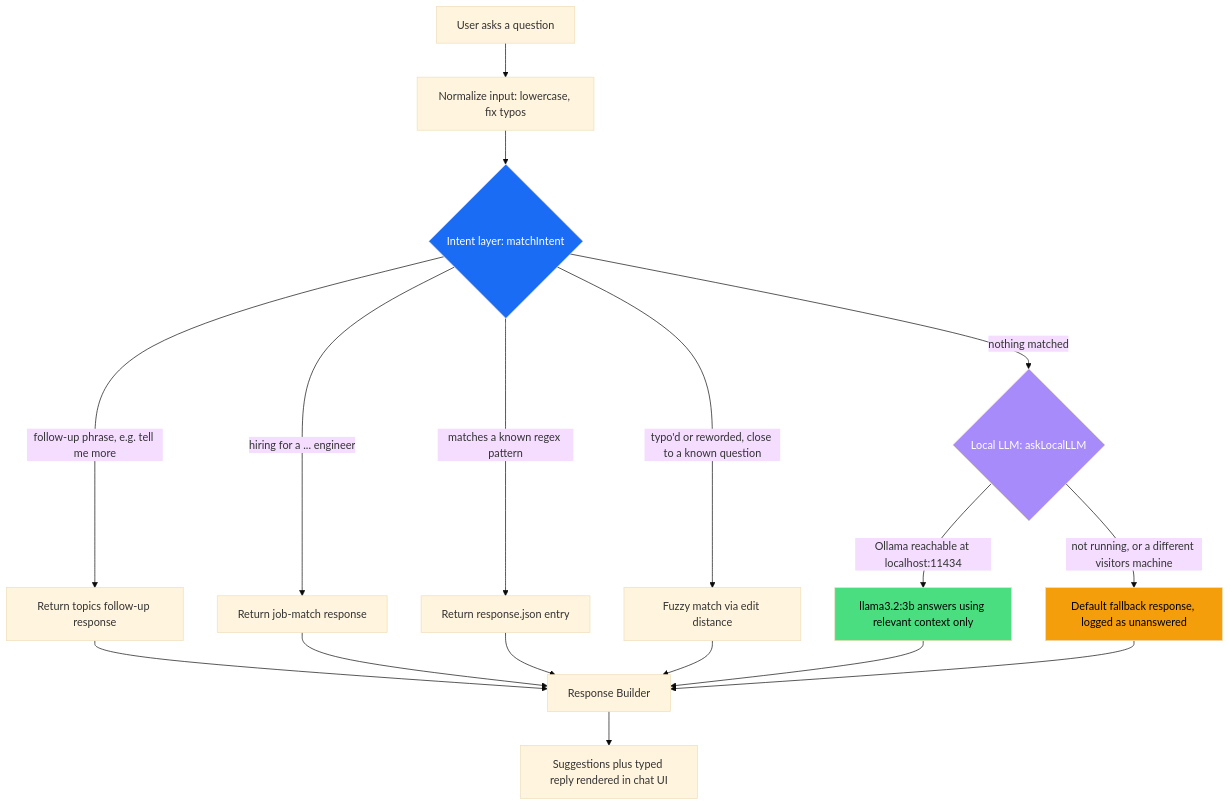
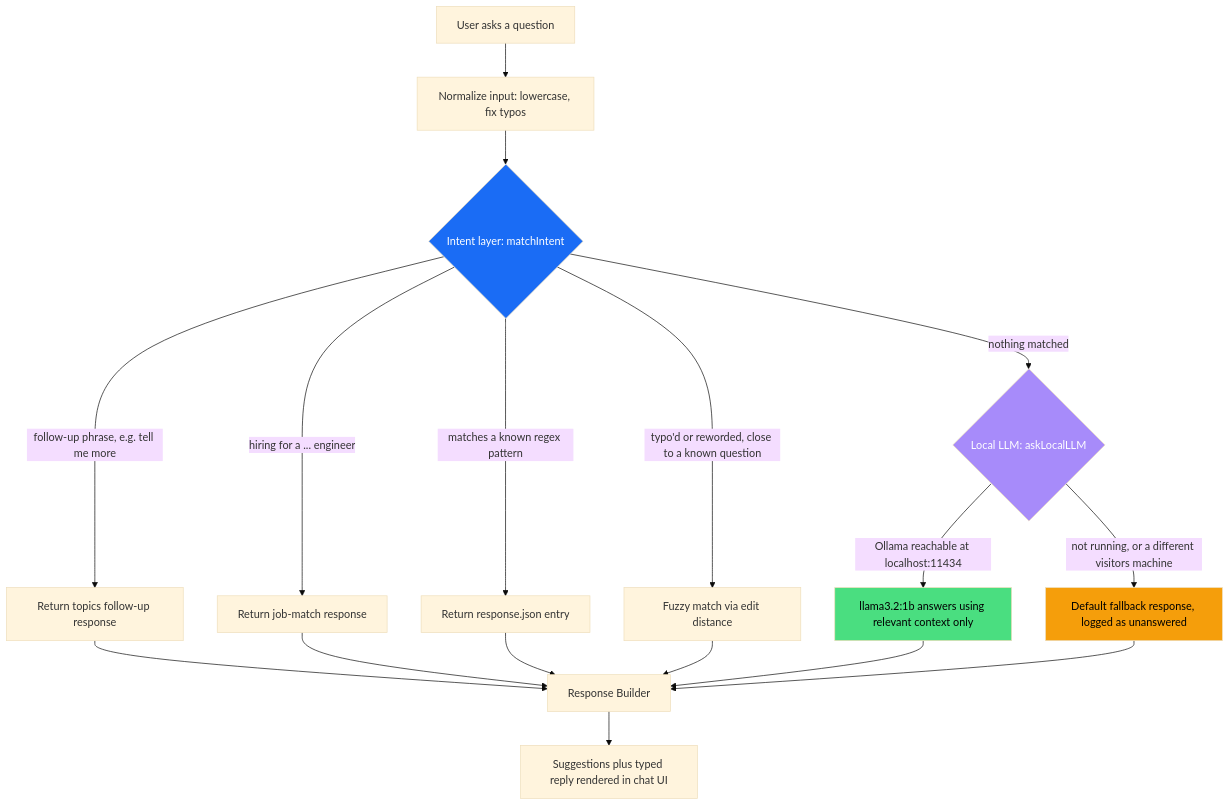
The diagram in architecture.md (raianiket/raianiket.github.io), drawn with Mermaid (base theme) before and after one commit. The commit also changed other lines of this file and 2 other files, not shown here.

Commit message:
Switch local LLM fallback to llama3.2:1b for lower memory usage

````diff
--- a/architecture.md
+++ b/architecture.md
@@ -13,27 +13,27 @@
 ```mermaid
 flowchart TD
     U[User asks a question] --> N[Normalize input: lowercase, fix typos]
     N --> I{Intent layer: matchIntent}
 
     I -->|follow-up phrase, e.g. tell me more| FU[Return topics follow-up response]
     I -->|hiring for a ... engineer| JM[Return job-match response]
     I -->|matches a known regex pattern| RX[Return response.json entry]
     I -->|typo'd or reworded, close to a known question| FZ[Fuzzy match via edit distance]
     I -->|nothing matched| LLM{Local LLM: askLocalLLM}
 
-    LLM -->|Ollama reachable at localhost:11434| OK[llama3.2:3b answers using relevant context only]
+    LLM -->|Ollama reachable at localhost:11434| OK[llama3.2:1b answers using relevant context only]
     LLM -->|not running, or a different visitors machine| DEF[Default fallback response, logged as unanswered]
 
     FU --> R[Response Builder]
     JM --> R
     RX --> R
     FZ --> R
     OK --> R
     DEF --> R
     R --> S[Suggestions plus typed reply rendered in chat UI]
 
     style I fill:#1a6cf5,color:#fff
     style LLM fill:#a78bfa,color:#fff
     style OK fill:#4ade80,color:#000
     style DEF fill:#f59e0b,color:#000
 ```
````
